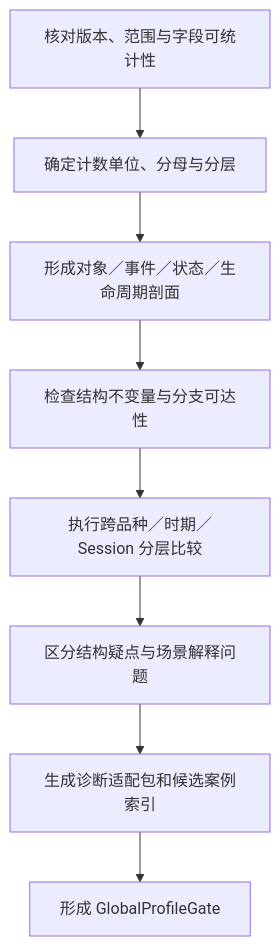
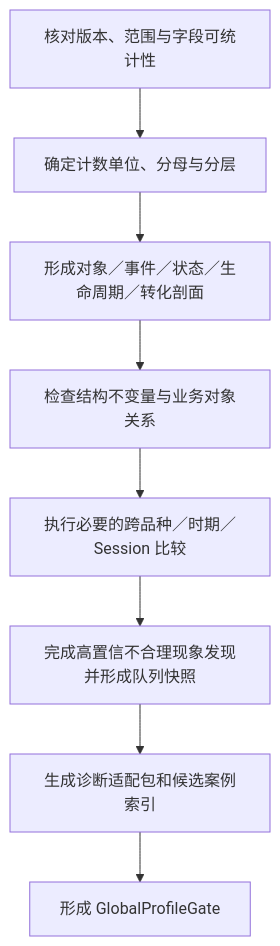
The diagram in skills/reasonableness-analysis/feature-global-behavior-profiling/WORKFLOW.md (daowei2026/observe-iterate), drawn with Mermaid before and after one commit. The commit also changed other lines of this file and 9 other files, not shown here.

````diff
--- a/skills/reasonableness-analysis/feature-global-behavior-profiling/WORKFLOW.md
+++ b/skills/reasonableness-analysis/feature-global-behavior-profiling/WORKFLOW.md
@@ -5,10 +5,10 @@
 ```mermaid
 flowchart TD
   G1[核对版本、范围与字段可统计性] --> G2[确定计数单位、分母与分层]
-  G2 --> G3[形成对象／事件／状态／生命周期剖面]
-  G3 --> G4[检查结构不变量与分支可达性]
-  G4 --> G5[执行跨品种／时期／Session 分层比较]
-  G5 --> G6[区分结构疑点与场景解释问题]
+  G2 --> G3[形成对象／事件／状态／生命周期／转化剖面]
+  G3 --> G4[检查结构不变量与业务对象关系]
+  G4 --> G5[执行必要的跨品种／时期／Session 比较]
+  G5 --> G6[完成高置信不合理现象发现并形成队列快照]
   G6 --> G7[生成诊断适配包和候选案例索引]
   G7 --> G8[形成 GlobalProfileGate]
 ```
````
